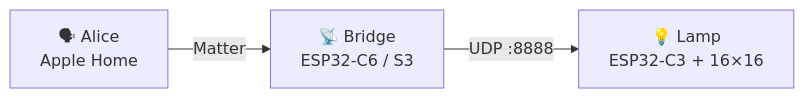
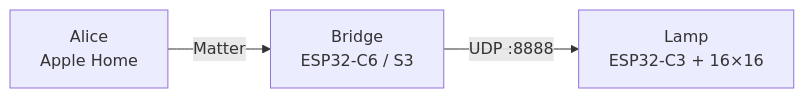
One commit to 4nzor/gyverlamp-matter changed the diagram in README.en.md. Above: the diagram before and after it, drawn with Mermaid. The commit also changed other lines of this file and 16 other files, not shown here.

````diff
--- a/README.en.md
+++ b/README.en.md
@@ -31,5 +31,5 @@
 ```mermaid
 flowchart LR
-    A["🗣 Alice<br/>Apple Home"] -- Matter --> B["📡 Bridge<br/>ESP32-C6 / S3"]
-    B -- "UDP :8888" --> C["💡 Lamp<br/>ESP32-C3 + 16×16"]
+    A["Alice<br/>Apple Home"] -- Matter --> B["Bridge<br/>ESP32-C6 / S3"]
+    B -- "UDP :8888" --> C["Lamp<br/>ESP32-C3 + 16×16"]
 ```
````
